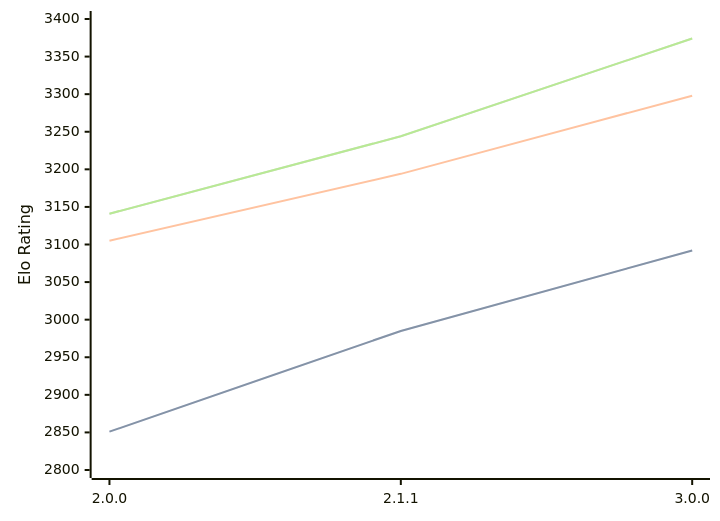
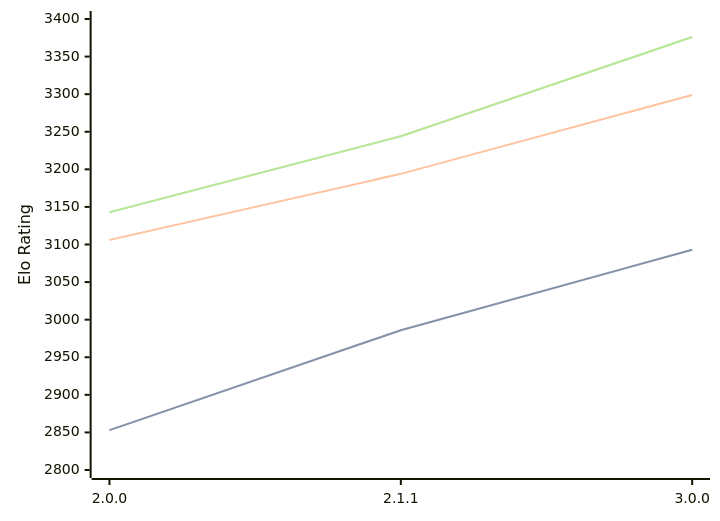
Before and after one commit to computer-chess-index/cci: the diagram in engines/Bread.md, drawn with Mermaid. The commit also changed other lines of this file, not shown here.

Commit message:
Update CCI Ratings (ELO VLTC) - 2026-07-25

````diff
--- a/engines/Bread.md
+++ b/engines/Bread.md
@@ -53,11 +53,11 @@
 ```mermaid
 %%{init: {"theme":"base","themeVariables":{"seriesColors:['#a3a3a3','#222221','#faa371']}}}%%
 xychart-beta
   x-axis ["2.0.0", "2.1.1", "3.0.0"]
   y-axis "Elo Rating" 2800 --> 3400
-  line "STC (8.0+0.08s)" [2851, 2985, 3092]
-  line "STC (8.0+0.08s)" [2851, 2985, 3092]
-  line "LTC (60.0+0.60s)" [3105, 3194, 3298]
-  line "VLTC (2m24s+1.12s)" [3141, 3244, 3374]
-  line "VLTC (2m24s+1.12s)" [3141, 3244, 3374]
+  line "STC (8.0+0.08s)" [2853, 2986, 3093]
+  line "STC (8.0+0.08s)" [2853, 2986, 3093]
+  line "LTC (60.0+0.60s)" [3106, 3194, 3299]
+  line "VLTC (2m24s+1.12s)" [3143, 3244, 3376]
+  line "VLTC (2m24s+1.12s)" [3143, 3244, 3376]
 ```
````
